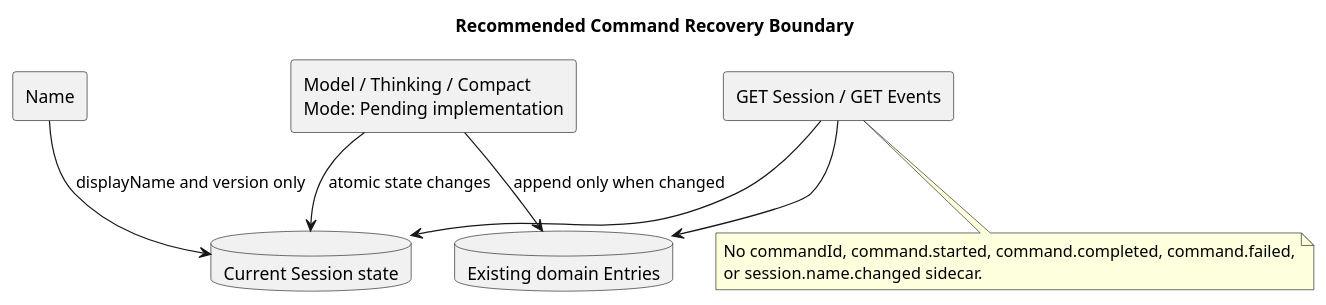
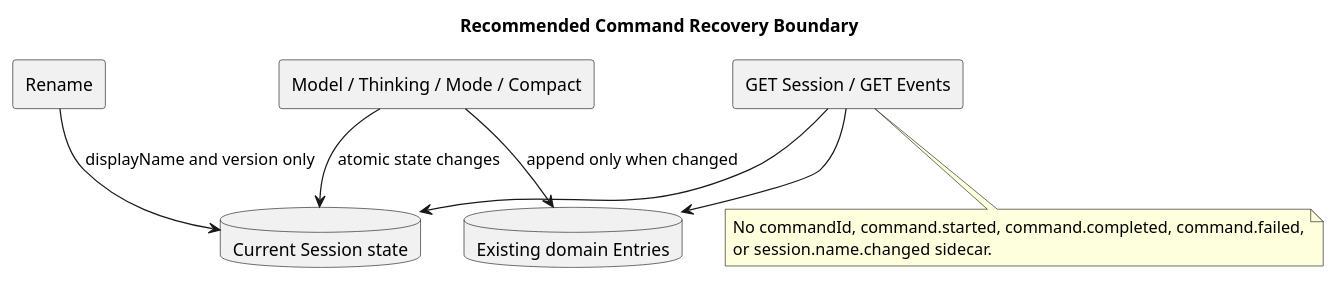
One commit to ssm0808/pi-mono-java-design changed the second of 2 diagrams in 01-总体架构/01-CampusClaw多Agent运行时/设计图/Command/diagram.puml. Above: the diagram before and after it, drawn with PlantUML. The commit also changed other lines of this file and 71 other files, not shown here.

```diff
--- a/01-总体架构/01-CampusClaw多Agent运行时/设计图/Command/diagram.puml
+++ b/01-总体架构/01-CampusClaw多Agent运行时/设计图/Command/diagram.puml
@@ -51,20 +54,20 @@
 @startuml command_authoritative_state
 title Recommended Command Recovery Boundary
-' Source evidence: pi-mono-java@53eff85c modules/coding-agent-cli/src/main/java/com/campusclaw/codingagent/runtimeapi/session/RuntimeSessionUpdateService.java prepare; Mode command is pending.
+' Source evidence: pi-mono-java@628dca25 modules/coding-agent-cli/src/main/java/com/campusclaw/codingagent/runtimeapi/session/RuntimeSessionUpdateService.java prepare; service/command/contributor/ModeCommandContributor.java.
 ' Design reason: synchronous JSON results need no generic command lifecycle storage.
 skinparam shadowing false
-rectangle "Name" as Name
-rectangle "Model / Thinking / Compact\nMode: Pending implementation" as Domain
+rectangle "Rename" as Name
+rectangle "Model / Thinking / Mode / Compact" as Domain
 database "Current Session state" as State
 database "Existing domain Entries" as Entries
 rectangle "GET Session / GET Events" as Query
 Name --> State : displayName and version only
 Domain --> State : atomic state changes
 Domain --> Entries : append only when changed
 Query --> State
 Query --> Entries
 note bottom
 No commandId, command.started, command.completed, command.failed,
 or session.name.changed sidecar.
 end note
 @enduml
```
